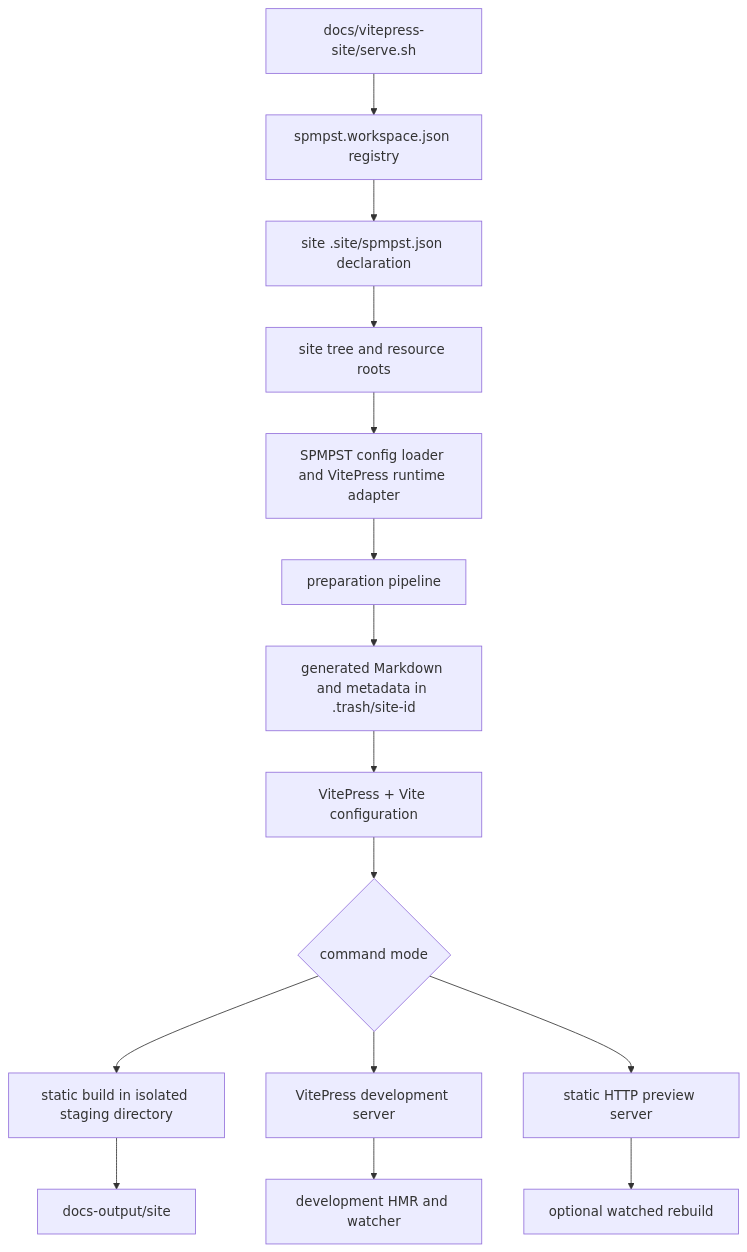
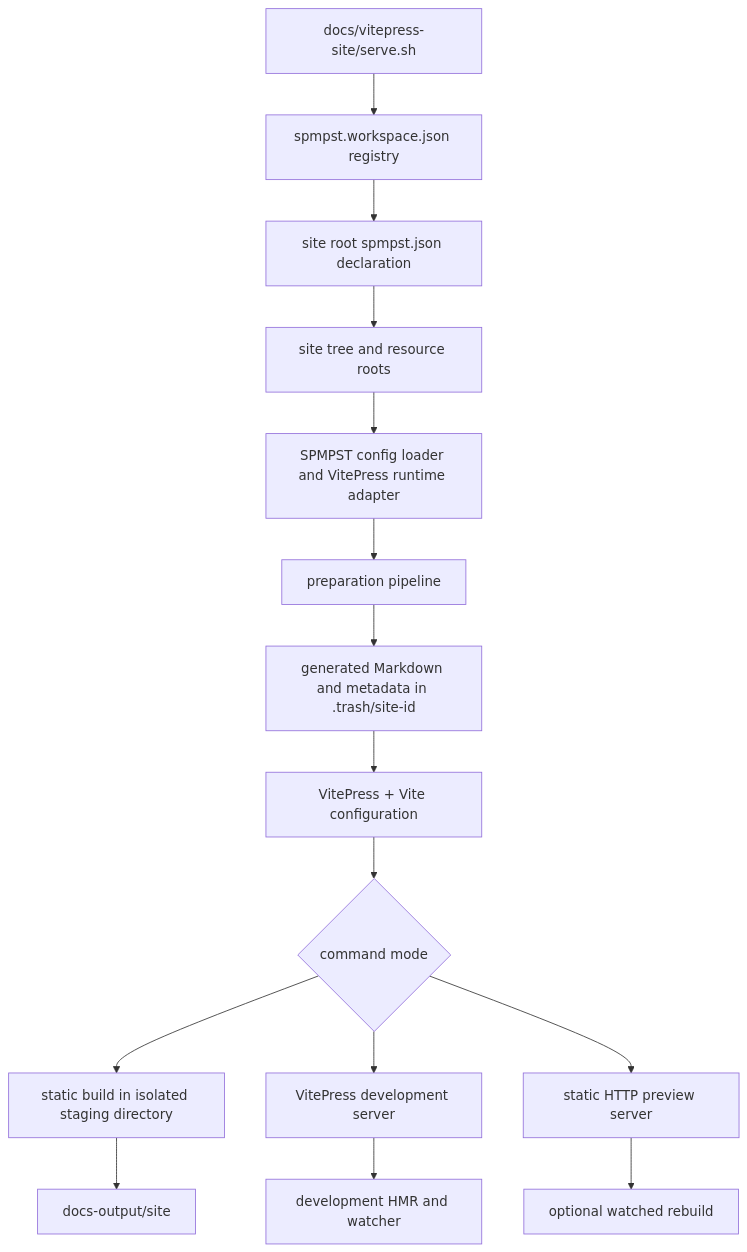
The diagram in docs/vitepress-site/MECHANISM.en.md (emyassine/base-feluka), drawn with Mermaid before and after one commit. The commit also changed other lines of this file and 38 other files, not shown here.

````diff
--- a/docs/vitepress-site/MECHANISM.en.md
+++ b/docs/vitepress-site/MECHANISM.en.md
@@ -13,17 +13,17 @@
 ```mermaid
 flowchart TD
     A[docs/vitepress-site/serve.sh] --> B[spmpst.workspace.json registry]
-    B --> C[site .site/spmpst.json declaration]
+    B --> C[site root spmpst.json declaration]
     C --> D[site tree and resource roots]
     D --> E[SPMPST config loader and VitePress runtime adapter]
     E --> F[preparation pipeline]
     F --> G[generated Markdown and metadata in .trash/site-id]
     G --> H[VitePress + Vite configuration]
     H --> I{command mode}
     I --> J[static build in isolated staging directory]
     I --> K[VitePress development server]
     I --> L[static HTTP preview server]
     J --> M[docs-output/site]
     K --> N[development HMR and watcher]
     L --> O[optional watched rebuild]
 ```
````
